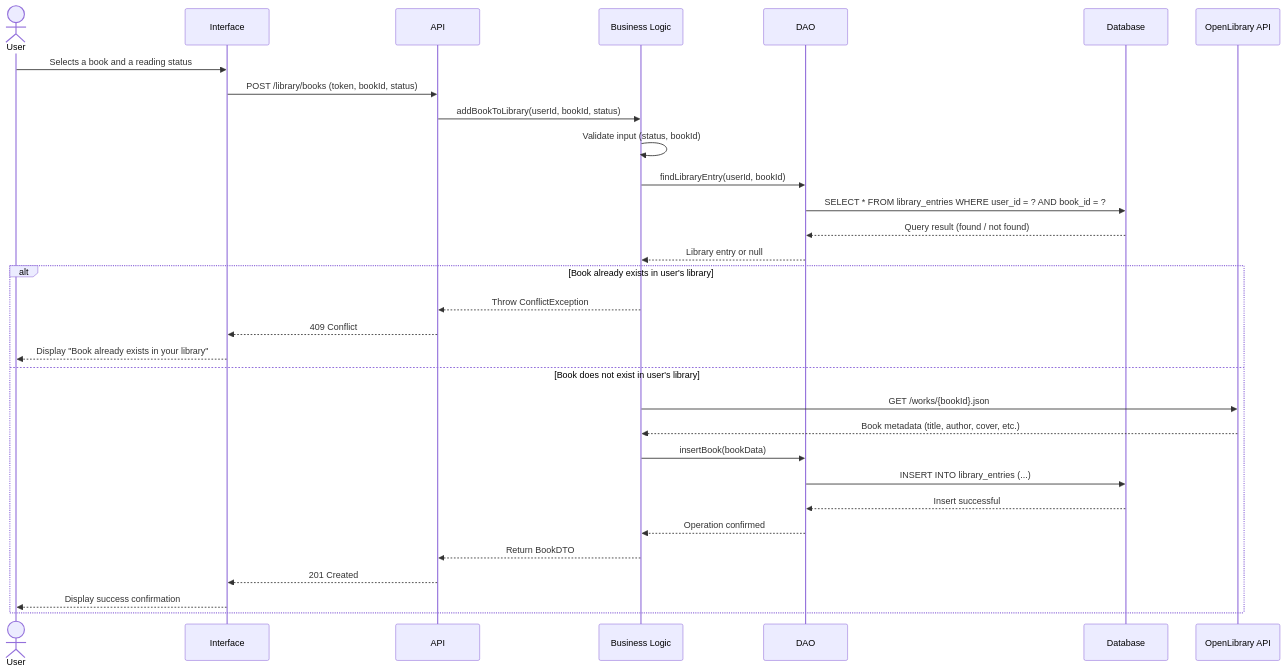
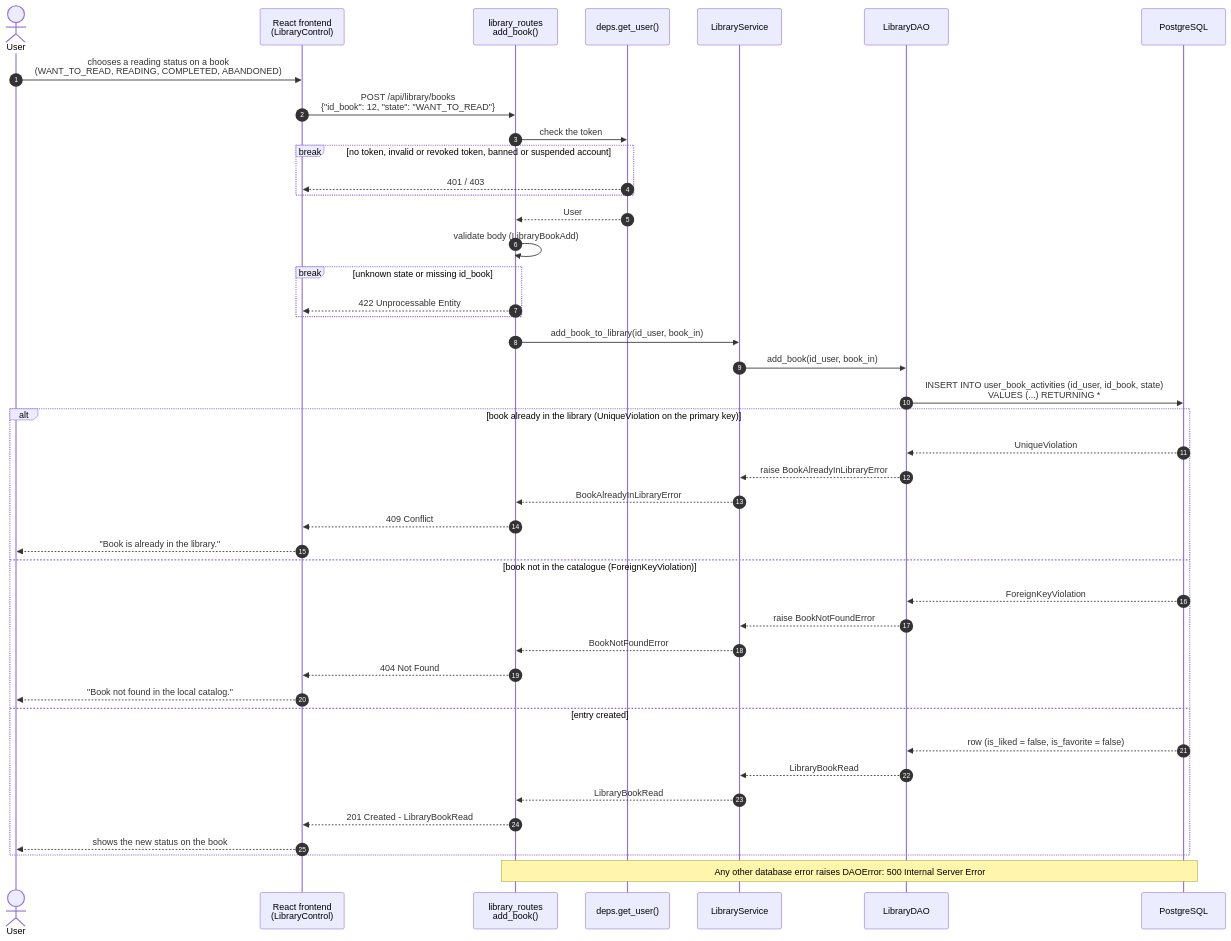
The diagram in doc/sequence_diagram_f3.md (kevinbrgl/ensai-it-project-2a-team-27-), drawn with Mermaid before and after one commit. The commit also changed 29 other files, not shown here.

Commit message:
docs: update UML diagrams to match the final code

````diff
--- a/doc/sequence_diagram_f3.md
+++ b/doc/sequence_diagram_f3.md
@@ -1,40 +7,48 @@
 ```mermaid
 sequenceDiagram
+    autonumber
     actor User
+    participant UI as React frontend<br/>(LibraryControl)
+    participant API as library_routes<br/>add_book()
+    participant Auth as deps.get_user()
+    participant LS as LibraryService
+    participant DAO as LibraryDAO
+    participant DB as PostgreSQL
 
-    participant Interface
-    participant API
-    participant BL as Business Logic
-    participant DAO
-    participant DB as Database
-    participant OL as OpenLibrary API
+    User->>UI: chooses a reading status on a book<br/>(WANT_TO_READ, READING, COMPLETED, ABANDONED)
+    UI->>API: POST /api/library/books<br/>{"id_book": 12, "state": "WANT_TO_READ"}
+    API->>Auth: check the token
+    break no token, invalid or revoked token, banned or suspended account
+        Auth-->>UI: 401 / 403
+    end
+    Auth-->>API: User
+    API->>API: validate body (LibraryBookAdd)
+    break unknown state or missing id_book
+        API-->>UI: 422 Unprocessable Entity
+    end
+    API->>LS: add_book_to_library(id_user, book_in)
+    LS->>DAO: add_book(id_user, book_in)
+    DAO->>DB: INSERT INTO user_book_activities (id_user, id_book, state)<br/>VALUES (...) RETURNING *
 
-    User->>Interface: Selects a book and a reading status
-    Interface->>API: POST /library/books (token, bookId, status)
-    API->>BL: addBookToLibrary(userId, bookId, status)
+    alt book already in the library (UniqueViolation on the primary key)
+        DB-->>DAO: UniqueViolation
+        DAO-->>LS: raise BookAlreadyInLibraryError
+        LS-->>API: BookAlreadyInLibraryError
+        API-->>UI: 409 Conflict
+        UI-->>User: "Book is already in the library."
+    else book not in the catalogue (ForeignKeyViolation)
+        DB-->>DAO: ForeignKeyViolation
+        DAO-->>LS: raise BookNotFoundError
+        LS-->>API: BookNotFoundError
+        API-->>UI: 404 Not Found
+        UI-->>User: "Book not found in the local catalog."
+    else entry created
+        DB-->>DAO: row (is_liked = false, is_favorite = false)
+        DAO-->>LS: LibraryBookRead
+        LS-->>API: LibraryBookRead
+        API-->>UI: 201 Created - LibraryBookRead
+        UI-->>User: shows the new status on the book
+    end
 
-    BL->>BL: Validate input (status, bookId)
-    BL->>DAO: findLibraryEntry(userId, bookId)
-    DAO->>DB: SELECT * FROM library_entries WHERE user_id = ? AND book_id = ?
-    DB-->>DAO: Query result (found / not found)
-    DAO-->>BL: Library entry or null
-
-    alt Book already exists in user's library
-        BL-->>API: Throw ConflictException
-        API-->>Interface: 409 Conflict
-        Interface-->>User: Display "Book already exists in your library"
-
-    else Book does not exist in user's library
-        BL->>OL: GET /works/{bookId}.json
-        OL-->>BL: Book metadata (title, author, cover, etc.)
-
-        BL->>DAO: insertBook(bookData)
-        DAO->>DB: INSERT INTO library_entries (...)
-        DB-->>DAO: Insert successful
-        DAO-->>BL: Operation confirmed
-
-        BL-->>API: Return BookDTO
-        API-->>Interface: 201 Created
-        Interface-->>User: Display success confirmation
-    end
+    Note over API,DB: Any other database error raises DAOError: 500 Internal Server Error
 ```
````
